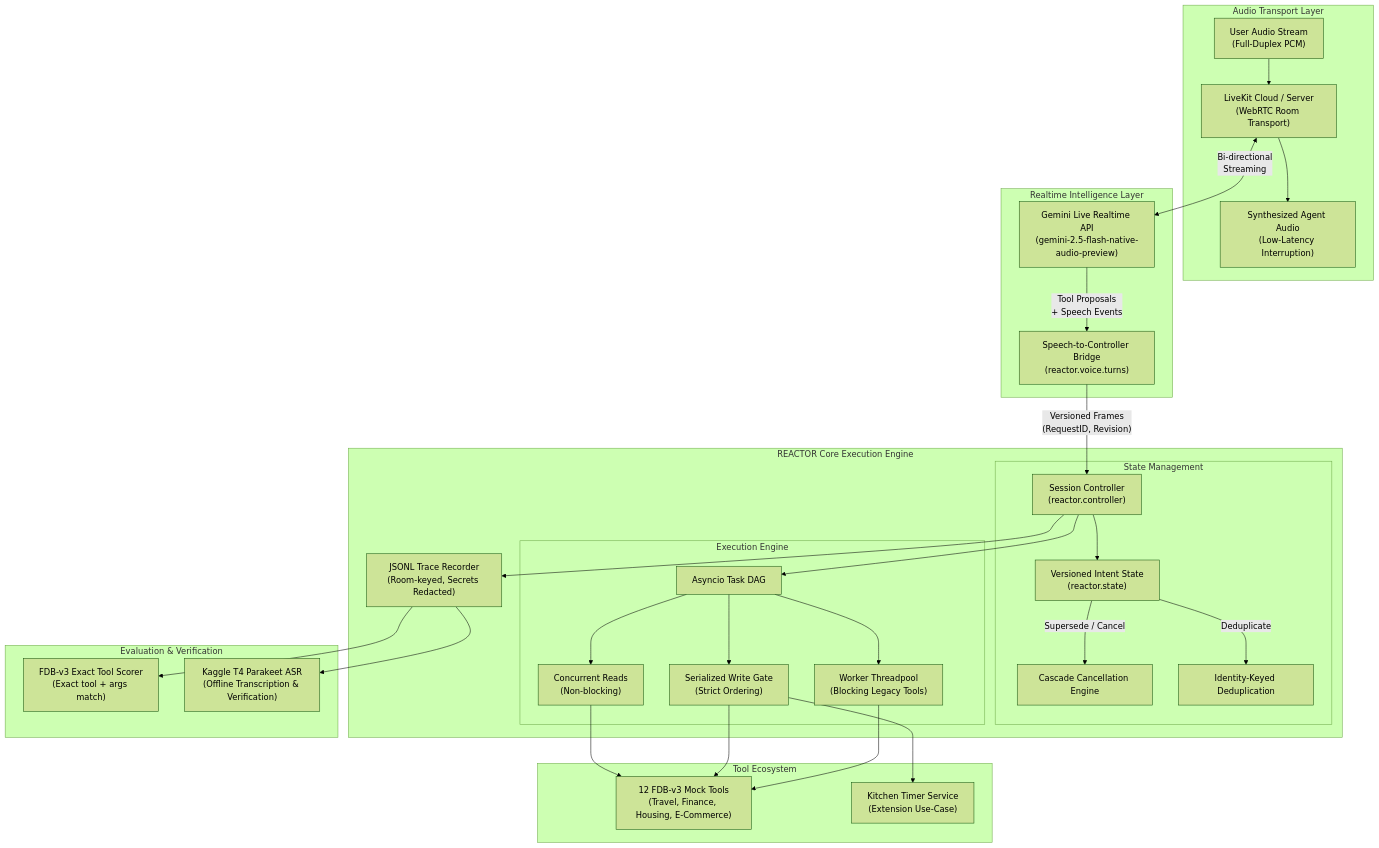
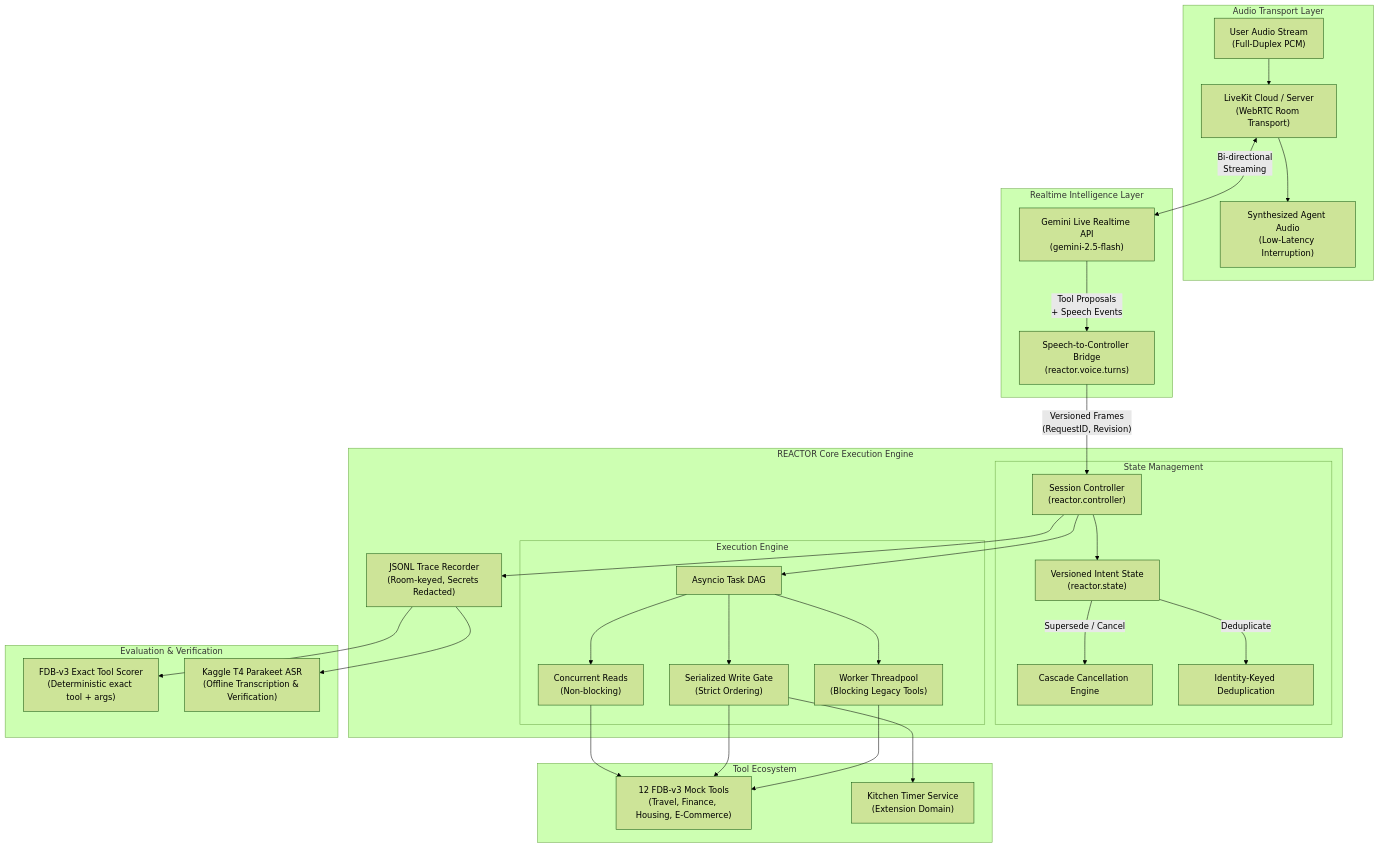
One commit to 0xkhush/REACTOR changed the diagram in README.md. Above: the diagram before and after it, drawn with Mermaid (forest theme). The commit also changed other lines of this file, not shown here.

````diff
--- a/README.md
+++ b/README.md
@@ -54,43 +71,43 @@
 ```mermaid
 flowchart TD
     subgraph Audio ["Audio Transport Layer"]
         MIC["User Audio Stream\n(Full-Duplex PCM)"] --> LK["LiveKit Cloud / Server\n(WebRTC Room Transport)"]
         LK --> SPK["Synthesized Agent Audio\n(Low-Latency Interruption)"]
     end
 
     subgraph Intelligence ["Realtime Intelligence Layer"]
-        LK <-->|"Bi-directional\nStreaming"| GEM["Gemini Live Realtime API\n(gemini-2.5-flash-native-audio-preview)"]
+        LK <-->|"Bi-directional\nStreaming"| GEM["Gemini Live Realtime API\n(gemini-2.5-flash)"]
         GEM -->|"Tool Proposals\n+ Speech Events"| BRIDGE["Speech-to-Controller Bridge\n(reactor.voice.turns)"]
     end
 
     subgraph Core ["REACTOR Core Execution Engine"]
         BRIDGE -->|"Versioned Frames\n(RequestID, Revision)"| CTRL["Session Controller\n(reactor.controller)"]
 
         subgraph StateManagement ["State Management"]
             CTRL --> STATE["Versioned Intent State\n(reactor.state)"]
             STATE -->|"Supersede / Cancel"| CANCEL["Cascade Cancellation Engine"]
             STATE -->|"Deduplicate"| DEDUP["Identity-Keyed Deduplication"]
         end
 
         subgraph ExecutionEngine ["Execution Engine"]
             CTRL --> DAG["Asyncio Task DAG"]
             DAG --> READS["Concurrent Reads\n(Non-blocking)"]
             DAG --> WRITES["Serialized Write Gate\n(Strict Ordering)"]
             DAG --> THREADS["Worker Threadpool\n(Blocking Legacy Tools)"]
         end
 
         CTRL --> TRACE["JSONL Trace Recorder\n(Room-keyed, Secrets Redacted)"]
     end
 
     subgraph ToolEcosystem ["Tool Ecosystem"]
         READS --> FDB["12 FDB-v3 Mock Tools\n(Travel, Finance, Housing, E-Commerce)"]
         WRITES --> FDB
         THREADS --> FDB
-        WRITES --> TIMERS["Kitchen Timer Service\n(Extension Use-Case)"]
+        WRITES --> TIMERS["Kitchen Timer Service\n(Extension Domain)"]
     end
 
     subgraph Evaluation ["Evaluation & Verification"]
-        TRACE --> EXACT["FDB-v3 Exact Tool Scorer\n(Exact tool + args match)"]
+        TRACE --> EXACT["FDB-v3 Exact Tool Scorer\n(Deterministic exact tool + args)"]
         TRACE --> KAGGLE["Kaggle T4 Parakeet ASR\n(Offline Transcription & Verification)"]
     end
 ```
````
